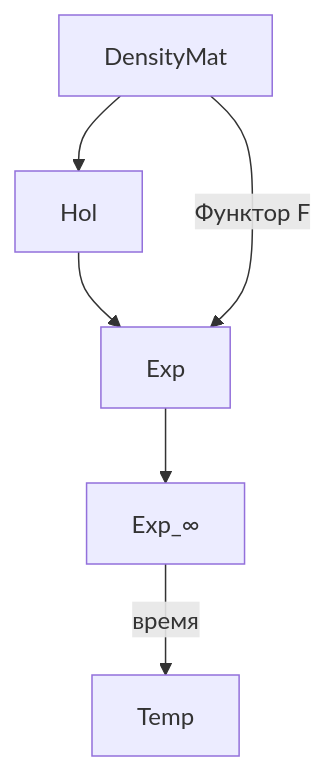
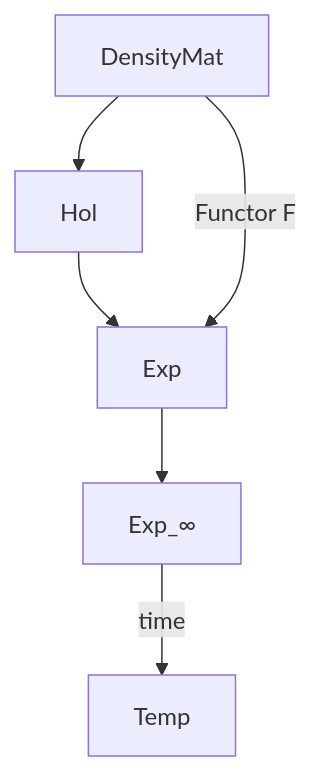
One commit to gst-st/uhm changed the first of 2 diagrams in website/docs/core/categories/category-hol.md. Above: the diagram before and after it, drawn with Mermaid. The commit also changed other lines of this file and 25 other files, not shown here.

````diff
--- a/website/docs/core/categories/category-hol.md
+++ b/website/docs/core/categories/category-hol.md
@@ -220,8 +220,8 @@
 ```mermaid
 graph TD
     A["DensityMat"] --> B["Hol"]
     B --> C["Exp"]
     C --> D["Exp_∞"]
-    A -->|"Функтор F"| C
-    D -->|"время"| E["Temp"]
+    A -->|"Functor F"| C
+    D -->|"time"| E["Temp"]
 ```
````
